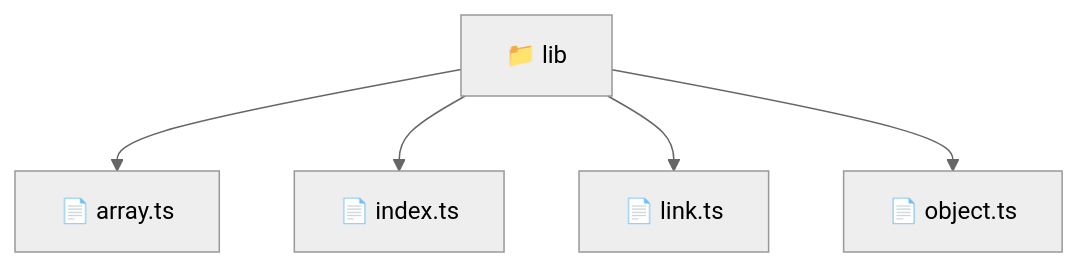
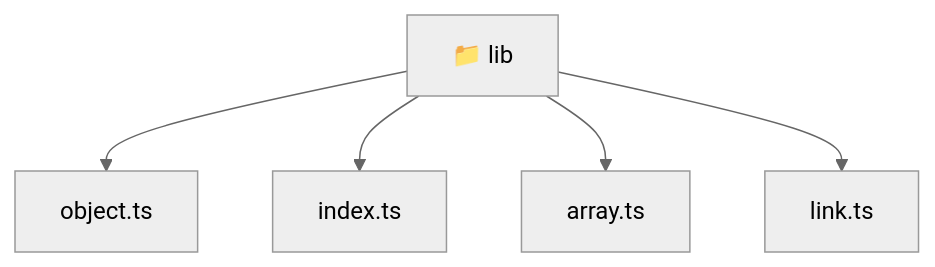
One commit to beginwebdev2002/fullstack-mavluda changed the diagram in frontend/src/shared/lib/README.md. Above: the diagram before and after it, drawn with Mermaid (neutral theme). The commit also changed other lines of this file and 167 other files, not shown here.

````diff
--- a/frontend/src/shared/lib/README.md
+++ b/frontend/src/shared/lib/README.md
@@ -11,8 +11,12 @@
 ```mermaid
 graph TD
-  Root["📁 lib"]
-  Root --> array_ts["📄 array.ts"]
-  Root --> index_ts["📄 index.ts"]
-  Root --> link_ts["📄 link.ts"]
-  Root --> object_ts["📄 object.ts"]
+  Root_lib["📁 lib"]
+  f_object_ts["object.ts"]
+  Root_lib --> f_object_ts
+  f_index_ts["index.ts"]
+  Root_lib --> f_index_ts
+  f_array_ts["array.ts"]
+  Root_lib --> f_array_ts
+  f_link_ts["link.ts"]
+  Root_lib --> f_link_ts
 ```
````
